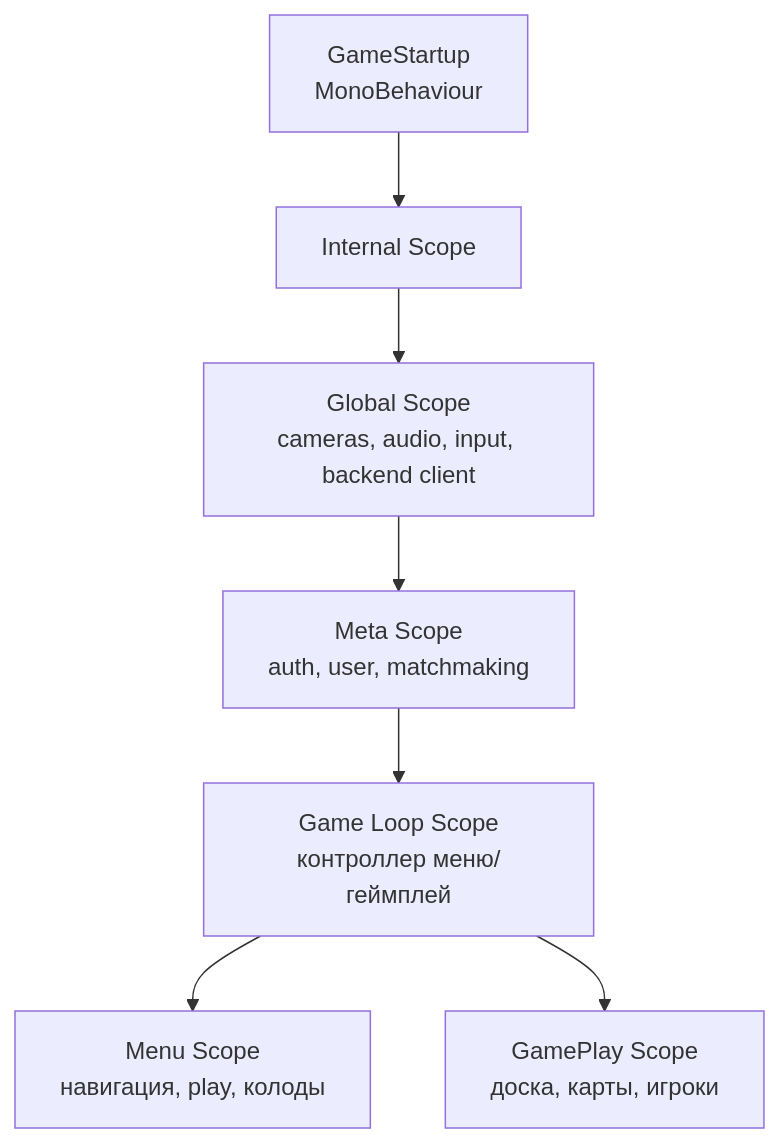
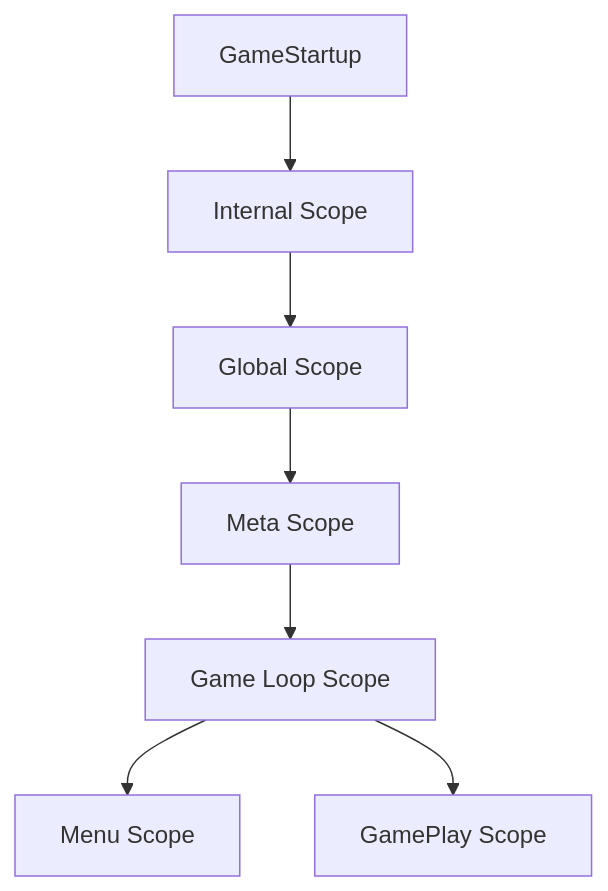
The first of 2 diagrams in docs/obsidian/architecture/client-scenes.md (noncasted/mines-leader), drawn with Mermaid before and after one commit. The commit also changed other lines of this file and 37 other files, not shown here.

First line of the commit message:
[Client] [Docs] [Claude] Add audio catalogue codegen and dev-tools docs

````diff
--- a/docs/obsidian/architecture/client-scenes.md
+++ b/docs/obsidian/architecture/client-scenes.md
@@ -17,9 +21,9 @@
 ```mermaid
 graph TD
-    GS[GameStartup<br>MonoBehaviour] --> IS[Internal Scope]
-    IS --> G[Global Scope<br>cameras, audio, input, backend client]
-    G --> M[Meta Scope<br>auth, user, matchmaking]
-    M --> GL[Game Loop Scope<br>контроллер меню/геймплей]
-    GL --> Menu[Menu Scope<br>навигация, play, колоды]
-    GL --> GP[GamePlay Scope<br>доска, карты, игроки]
+    GS[GameStartup] --> IS[Internal Scope]
+    IS --> G[Global Scope]
+    G --> M[Meta Scope]
+    M --> GL[Game Loop Scope]
+    GL --> Menu[Menu Scope]
+    GL --> GP[GamePlay Scope]
 ```
````
